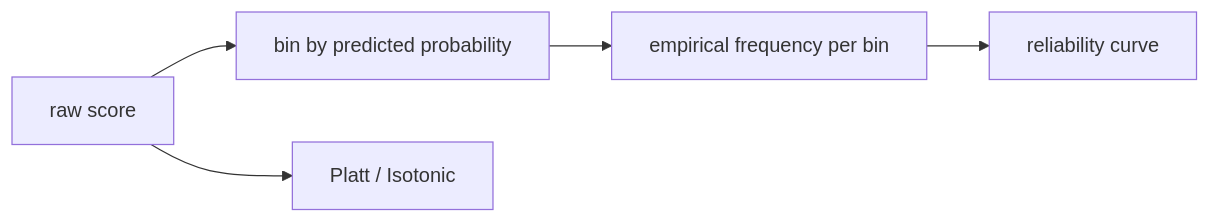
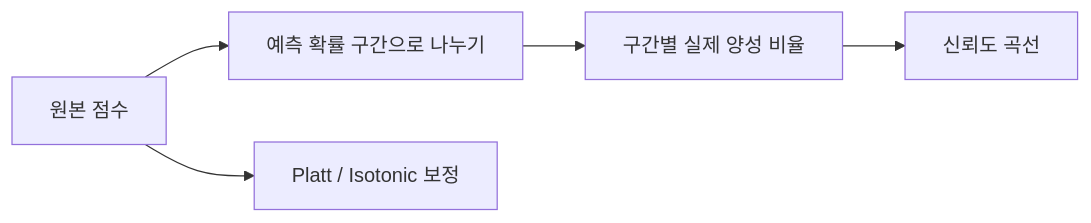
The diagram in content/model-evaluation-101/ko/07-calibration.md (yeongseon-books/book-content), drawn with Mermaid before and after one commit. The commit also changed other lines of this file and 3 other files, not shown here.

````diff
--- a/content/model-evaluation-101/ko/07-calibration.md
+++ b/content/model-evaluation-101/ko/07-calibration.md
@@ -33,7 +55,7 @@
 ```mermaid
 flowchart LR
-    Raw["raw score"] --> Bin["bin by predicted probability"]
-    Bin --> Freq["empirical frequency per bin"]
-    Freq --> Reli["reliability curve"]
-    Raw --> Calib["Platt / Isotonic"]
+    Raw["원본 점수"] --> Bin["예측 확률 구간으로 나누기"]
+    Bin --> Freq["구간별 실제 양성 비율"]
+    Freq --> Reli["신뢰도 곡선"]
+    Raw --> Calib["Platt / Isotonic 보정"]
 ```
````
